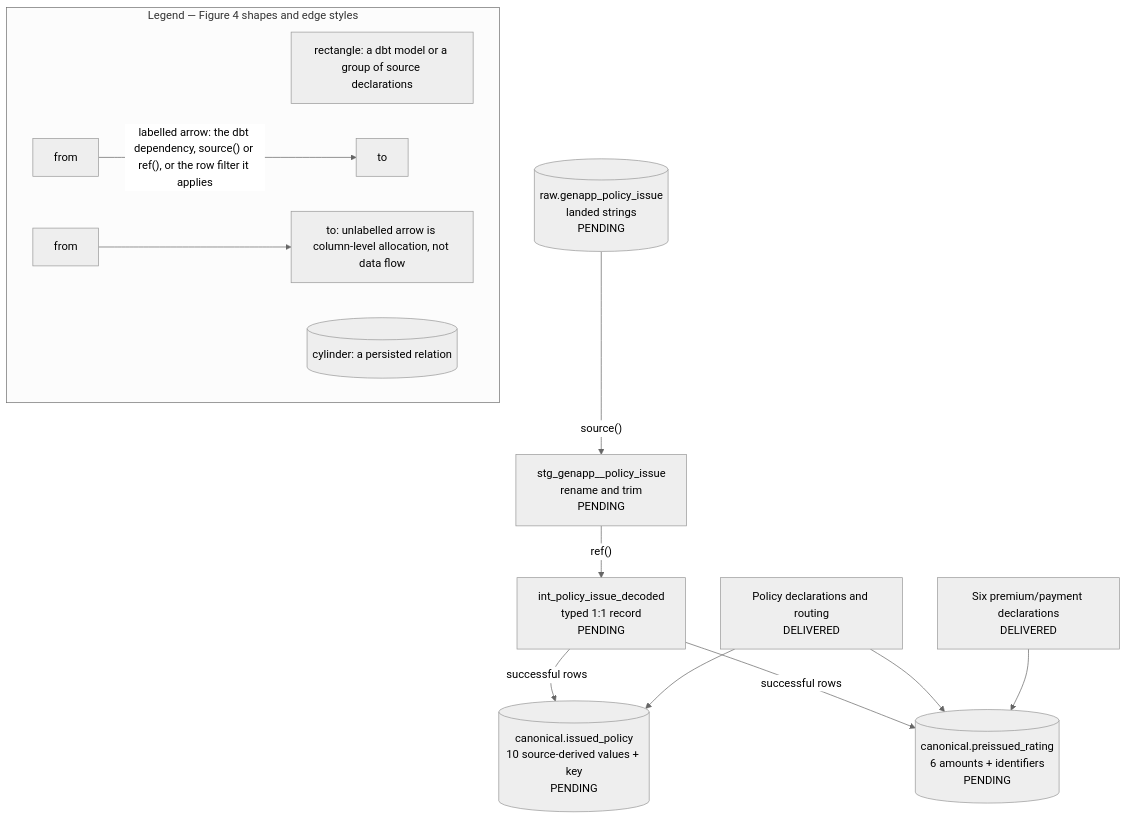
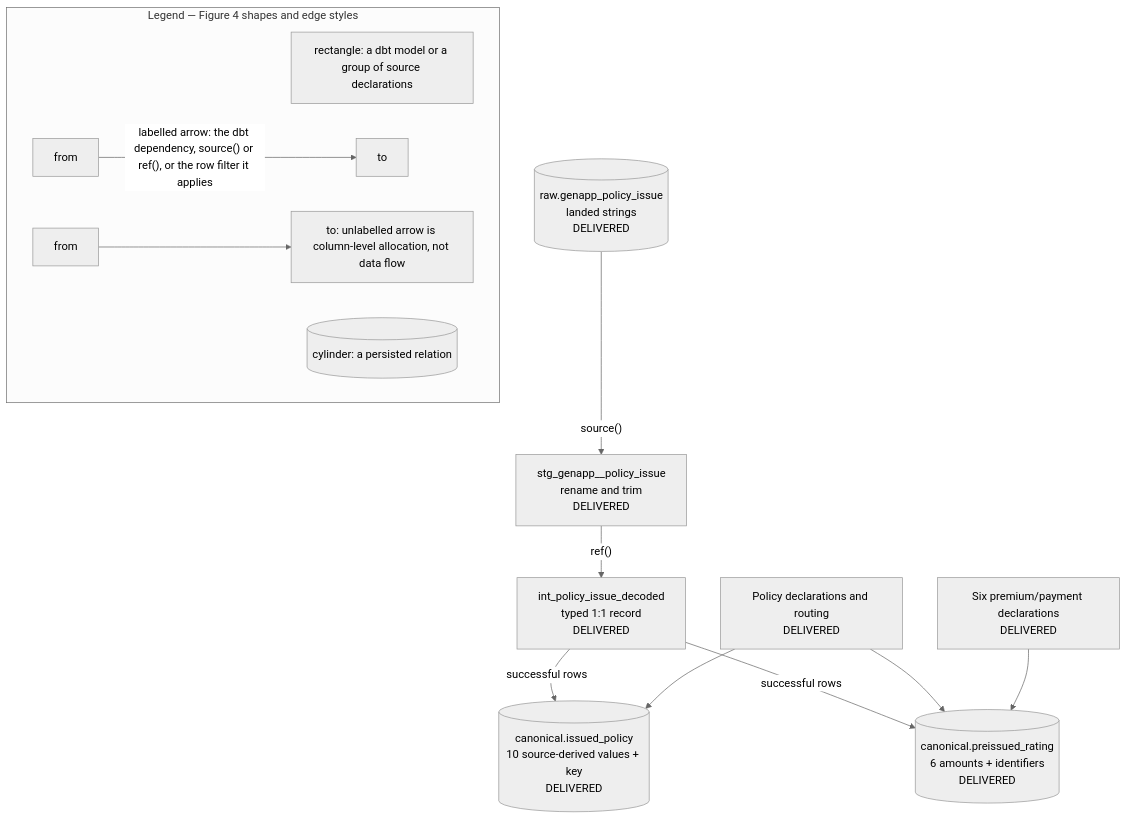
The fourth of 5 diagrams in modernization/docs/architecture.md (blitzy-public-samples/cics-genapp-cobrix), drawn with Mermaid (neutral theme) before and after one commit. The commit also changed other lines of this file and 46 other files, not shown here.

````diff
--- a/modernization/docs/architecture.md
+++ b/modernization/docs/architecture.md
@@ -304,26 +334,26 @@
 ```mermaid
 flowchart TD
-    RAW[("raw.genapp_policy_issue<br/>landed strings<br/>PENDING")]
-    STG["stg_genapp__policy_issue<br/>rename and trim<br/>PENDING"]
-    INT["int_policy_issue_decoded<br/>typed 1:1 record<br/>PENDING"]
-    IP[("canonical.issued_policy<br/>10 source-derived values + key<br/>PENDING")]
-    PR[("canonical.preissued_rating<br/>6 amounts + identifiers<br/>PENDING")]
+    RAW[("raw.genapp_policy_issue<br/>landed strings<br/>DELIVERED")]
+    STG["stg_genapp__policy_issue<br/>rename and trim<br/>DELIVERED"]
+    INT["int_policy_issue_decoded<br/>typed 1:1 record<br/>DELIVERED"]
+    IP[("canonical.issued_policy<br/>10 source-derived values + key<br/>DELIVERED")]
+    PR[("canonical.preissued_rating<br/>6 amounts + identifiers<br/>DELIVERED")]
     POLICY["Policy declarations and routing<br/>DELIVERED"]
     AMOUNTS["Six premium/payment declarations<br/>DELIVERED"]
 
     RAW -->|"source()"| STG
     STG -->|"ref()"| INT
     INT -->|"successful rows"| IP
     INT -->|"successful rows"| PR
     POLICY --> IP
     POLICY --> PR
     AMOUNTS --> PR
 
     subgraph LEGEND4["Legend — Figure 4 shapes and edge styles"]
         direction LR
         L4A["rectangle: a dbt model or a group of source declarations"]
         L4B[("cylinder: a persisted relation")]
         L4C["from"] -->|"labelled arrow: the dbt dependency, source() or ref(), or the row filter it applies"| L4D["to"]
         L4E["from"] --> L4F["to: unlabelled arrow is column-level allocation, not data flow"]
     end
 ```
````
